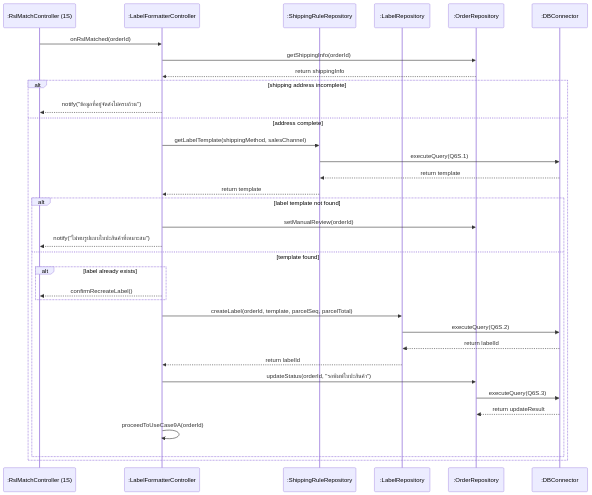
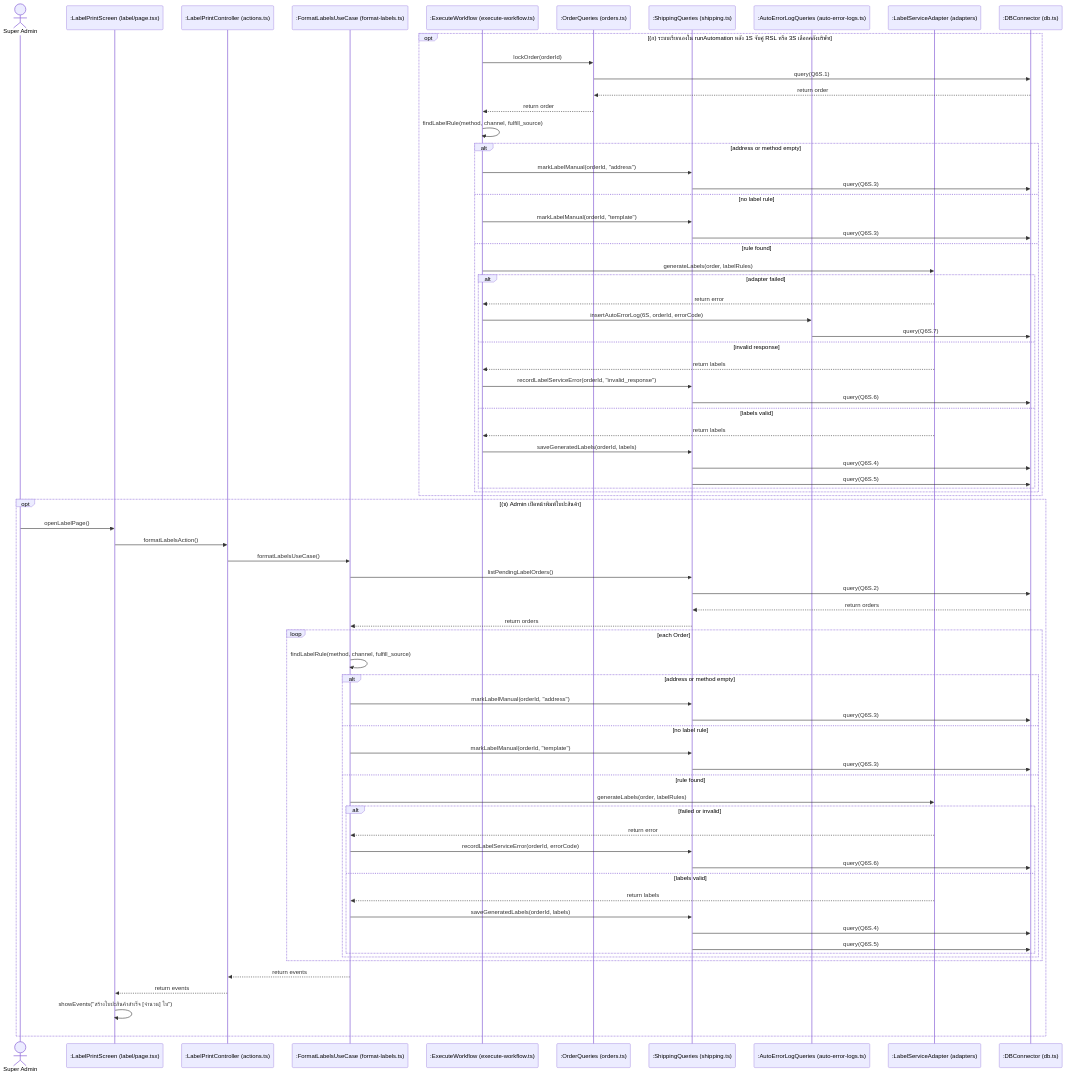
Before and after one commit to xbpkdi/321-sa-proj: the diagram in 03-chapter2-use-case-descriptions/diagrams/mmd/6S-sequence.mmd, drawn with Mermaid. The commit also changed 154 other files, not shown here.

Commit message:
docs: render collaboration with graphviz and split long sequence diagrams

```diff
--- a/03-chapter2-use-case-descriptions/diagrams/mmd/6S-sequence.mmd
+++ b/03-chapter2-use-case-descriptions/diagrams/mmd/6S-sequence.mmd
@@ -1,35 +1,76 @@
 sequenceDiagram
-    participant OneS as :RslMatchController (1S)
-    participant LFC as :LabelFormatterController
-    participant RuleRepo as :ShippingRuleRepository
-    participant LabelRepo as :LabelRepository
-    participant OrderRepo as :OrderRepository
-    participant DB as :DBConnector
+    actor Admin as Super Admin
+    participant V as :LabelPrintScreen (label/page.tsx)
+    participant C as :LabelPrintController (actions.ts)
+    participant UC as :FormatLabelsUseCase (format-labels.ts)
+    participant WF as :ExecuteWorkflow (execute-workflow.ts)
+    participant OQ as :OrderQueries (orders.ts)
+    participant SQ as :ShippingQueries (shipping.ts)
+    participant EQ as :AutoErrorLogQueries (auto-error-logs.ts)
+    participant LS as :LabelServiceAdapter (adapters)
+    participant DB as :DBConnector (db.ts)
 
-    OneS->>LFC: onRslMatched(orderId)
-    LFC->>OrderRepo: getShippingInfo(orderId)
-    OrderRepo-->>LFC: return shippingInfo
-    alt shipping address incomplete
-        LFC-->>OneS: notify("ข้อมูลที่อยู่จัดส่งไม่ครบถ้วน")
-    else address complete
-        LFC->>RuleRepo: getLabelTemplate(shippingMethod, salesChannel)
-        RuleRepo->>DB: executeQuery(Q6S.1)
-        DB-->>RuleRepo: return template
-        RuleRepo-->>LFC: return template
-        alt label template not found
-            LFC->>OrderRepo: setManualReview(orderId)
-            LFC-->>OneS: notify("ไม่พบรูปแบบใบปะสินค้าที่เหมาะสม")
-        else template found
-            alt label already exists
-                LFC-->>OneS: confirmRecreateLabel()
+    opt (ก) ระบบเรียกเองใน runAutomation หลัง 1S จับคู่ RSL หรือ 3S เลือกคลังบริษัท
+        WF->>OQ: lockOrder(orderId)
+        OQ->>DB: query(Q6S.1)
+        DB-->>OQ: return order
+        OQ-->>WF: return order
+        WF->>WF: findLabelRule(method, channel, fulfill_source)
+        alt address or method empty
+            WF->>SQ: markLabelManual(orderId, "address")
+            SQ->>DB: query(Q6S.3)
+        else no label rule
+            WF->>SQ: markLabelManual(orderId, "template")
+            SQ->>DB: query(Q6S.3)
+        else rule found
+            WF->>LS: generateLabels(order, labelRules)
+            alt adapter failed
+                LS-->>WF: return error
+                WF->>EQ: insertAutoErrorLog(6S, orderId, errorCode)
+                EQ->>DB: query(Q6S.7)
+            else invalid response
+                LS-->>WF: return labels
+                WF->>SQ: recordLabelServiceError(orderId, "invalid_response")
+                SQ->>DB: query(Q6S.6)
+            else labels valid
+                LS-->>WF: return labels
+                WF->>SQ: saveGeneratedLabels(orderId, labels)
+                SQ->>DB: query(Q6S.4)
+                SQ->>DB: query(Q6S.5)
             end
-            LFC->>LabelRepo: createLabel(orderId, template, parcelSeq, parcelTotal)
-            LabelRepo->>DB: executeQuery(Q6S.2)
-            DB-->>LabelRepo: return labelId
-            LabelRepo-->>LFC: return labelId
-            LFC->>OrderRepo: updateStatus(orderId, "รอพิมพ์ใบปะสินค้า")
-            OrderRepo->>DB: executeQuery(Q6S.3)
-            DB-->>OrderRepo: return updateResult
-            LFC->>LFC: proceedToUseCase9A(orderId)
         end
     end
+    opt (ข) Admin เปิดหน้าพิมพ์ใบปะสินค้า
+        Admin->>V: openLabelPage()
+        V->>C: formatLabelsAction()
+        C->>UC: formatLabelsUseCase()
+        UC->>SQ: listPendingLabelOrders()
+        SQ->>DB: query(Q6S.2)
+        DB-->>SQ: return orders
+        SQ-->>UC: return orders
+        loop each Order
+            UC->>UC: findLabelRule(method, channel, fulfill_source)
+            alt address or method empty
+                UC->>SQ: markLabelManual(orderId, "address")
+                SQ->>DB: query(Q6S.3)
+            else no label rule
+                UC->>SQ: markLabelManual(orderId, "template")
+                SQ->>DB: query(Q6S.3)
+            else rule found
+                UC->>LS: generateLabels(order, labelRules)
+                alt failed or invalid
+                    LS-->>UC: return error
+                    UC->>SQ: recordLabelServiceError(orderId, errorCode)
+                    SQ->>DB: query(Q6S.6)
+                else labels valid
+                    LS-->>UC: return labels
+                    UC->>SQ: saveGeneratedLabels(orderId, labels)
+                    SQ->>DB: query(Q6S.4)
+                    SQ->>DB: query(Q6S.5)
+                end
+            end
+        end
+        UC-->>C: return events
+        C-->>V: return events
+        V->>V: showEvents("สร้างใบปะสินค้าสำเร็จ [จำนวน] ใบ")
+    end
```
